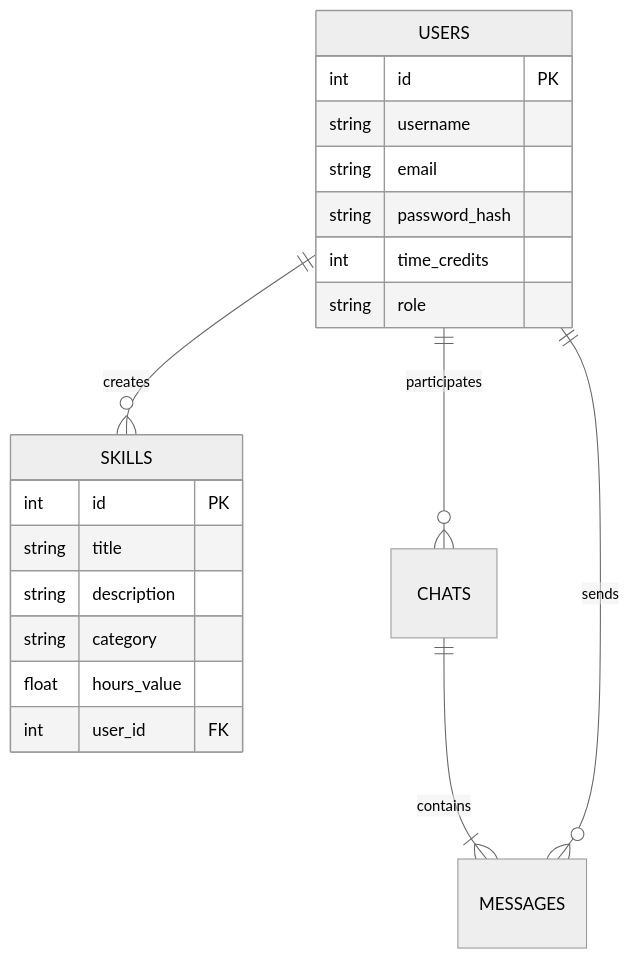
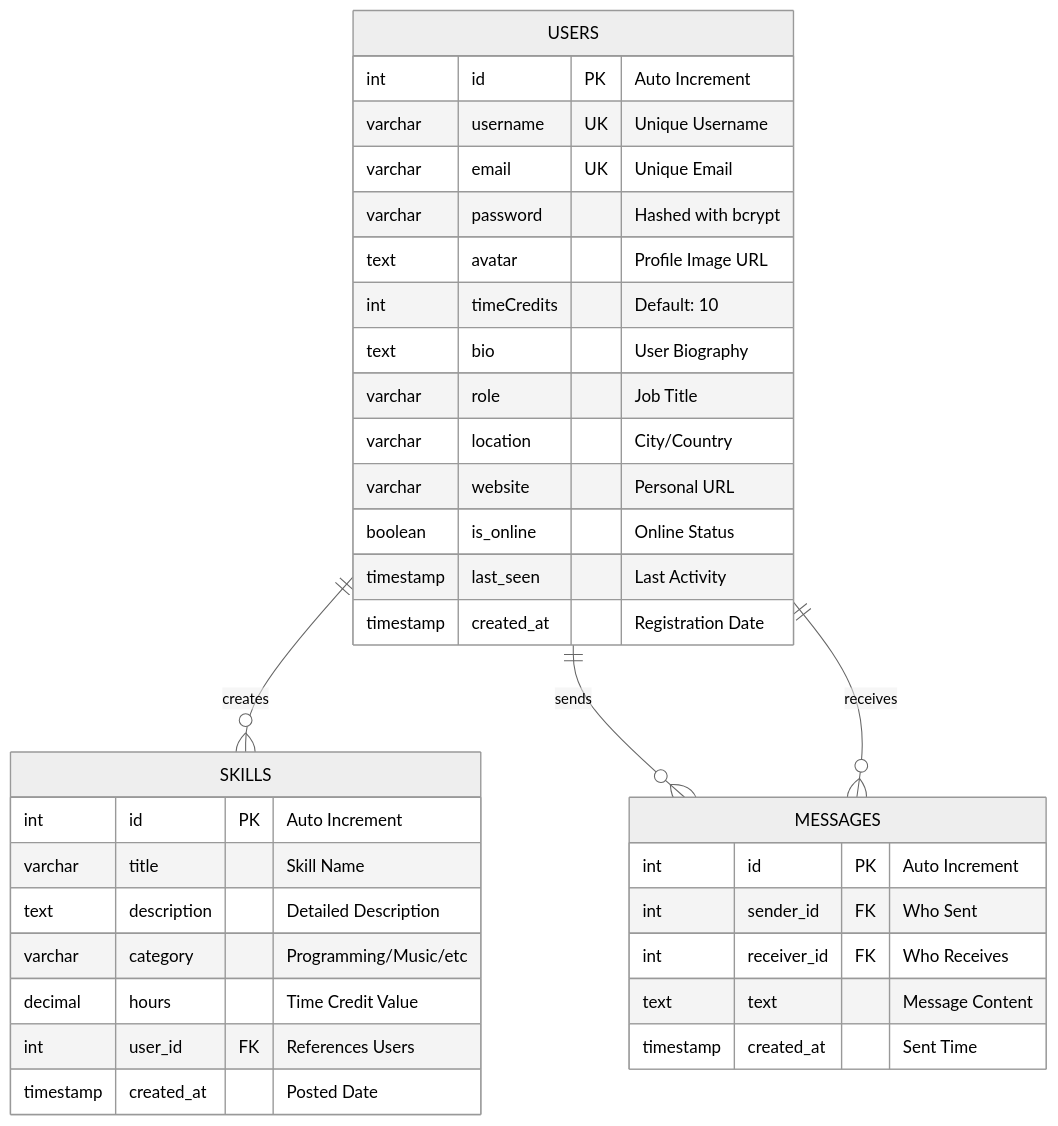
The fourth of 6 diagrams in presentation_content.md (Gopulucky/RTRP), drawn with Mermaid (neutral theme) before and after one commit. The commit also changed other lines of this file, not shown here.

Commit message:
Update presentation with 5 architecture diagrams: Frontend, Backend, Auth Flow, Database, System Flow

````diff
--- a/presentation_content.md
+++ b/presentation_content.md
@@ -111,25 +251,40 @@
 ```mermaid
 erDiagram
     USERS ||--o{ SKILLS : "creates"
+    USERS ||--o{ MESSAGES : "sends"
+    USERS ||--o{ MESSAGES : "receives"
+    
     USERS {
-        int id PK
-        string username
-        string email
-        string password_hash
-        int time_credits
-        string role
+        int id PK "Auto Increment"
+        varchar username UK "Unique Username"
+        varchar email UK "Unique Email"
+        varchar password "Hashed with bcrypt"
+        text avatar "Profile Image URL"
+        int timeCredits "Default: 10"
+        text bio "User Biography"
+        varchar role "Job Title"
+        varchar location "City/Country"
+        varchar website "Personal URL"
+        boolean is_online "Online Status"
+        timestamp last_seen "Last Activity"
+        timestamp created_at "Registration Date"
     }
 
     SKILLS {
-        int id PK
-        string title
-        string description
-        string category
-        float hours_value
-        int user_id FK
+        int id PK "Auto Increment"
+        varchar title "Skill Name"
+        text description "Detailed Description"
+        varchar category "Programming/Music/etc"
+        decimal hours "Time Credit Value"
+        int user_id FK "References Users"
+        timestamp created_at "Posted Date"
     }
 
-    CHATS ||--|{ MESSAGES : "contains"
-    USERS ||--o{ MESSAGES : "sends"
-    USERS ||--o{ CHATS : "participates"
+    MESSAGES {
+        int id PK "Auto Increment"
+        int sender_id FK "Who Sent"
+        int receiver_id FK "Who Receives"
+        text text "Message Content"
+        timestamp created_at "Sent Time"
+    }
 ```
````
